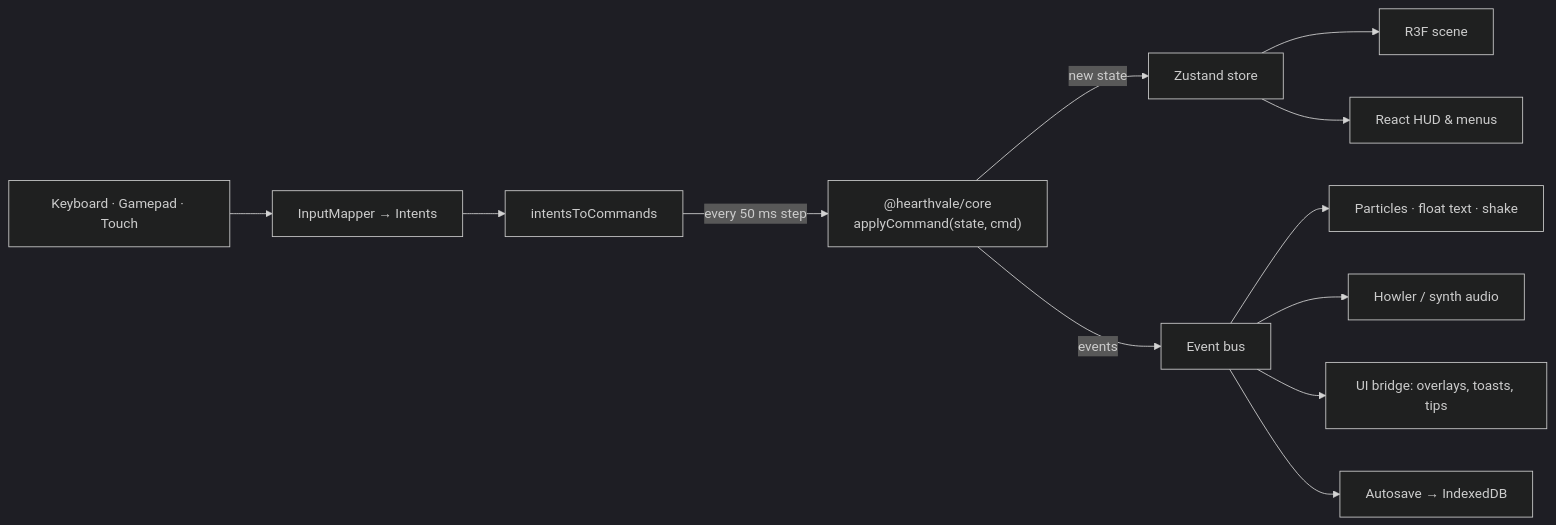
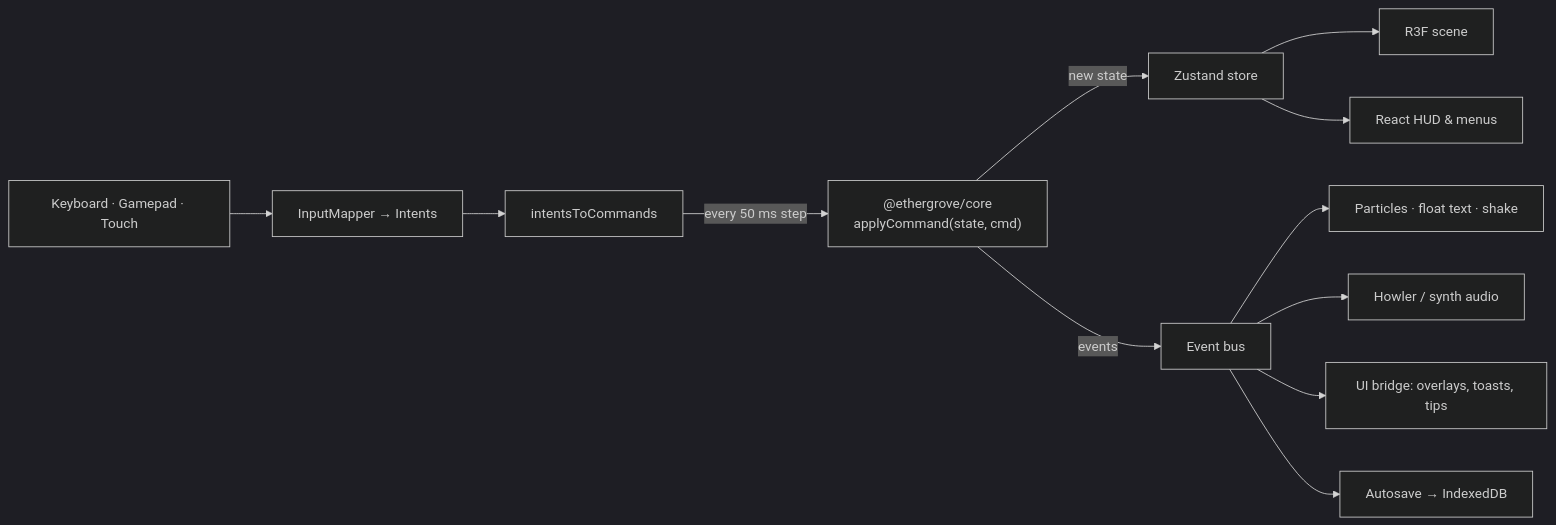
Before and after one commit to jaybecina/ethergrove-chronicles: the diagram in docs/ARCHITECTURE.md, drawn with Mermaid (dark theme). The commit also changed other lines of this file and 12 other files, not shown here.

````diff
--- a/docs/ARCHITECTURE.md
+++ b/docs/ARCHITECTURE.md
@@ -5,14 +5,14 @@
 ```mermaid
 flowchart LR
   input["Keyboard · Gamepad · Touch"] --> mapper["InputMapper → Intents"]
   mapper --> cmds["intentsToCommands"]
-  cmds -->|"every 50 ms step"| core["@hearthvale/core<br/>applyCommand(state, cmd)"]
+  cmds -->|"every 50 ms step"| core["@ethergrove/core<br/>applyCommand(state, cmd)"]
   core -->|"new state"| store["Zustand store"]
   core -->|"events"| bus["Event bus"]
   store --> scene["R3F scene"]
   store --> hud["React HUD & menus"]
   bus --> fx["Particles · float text · shake"]
   bus --> audio["Howler / synth audio"]
   bus --> ui["UI bridge: overlays, toasts, tips"]
   bus --> save["Autosave → IndexedDB"]
 ```
````
